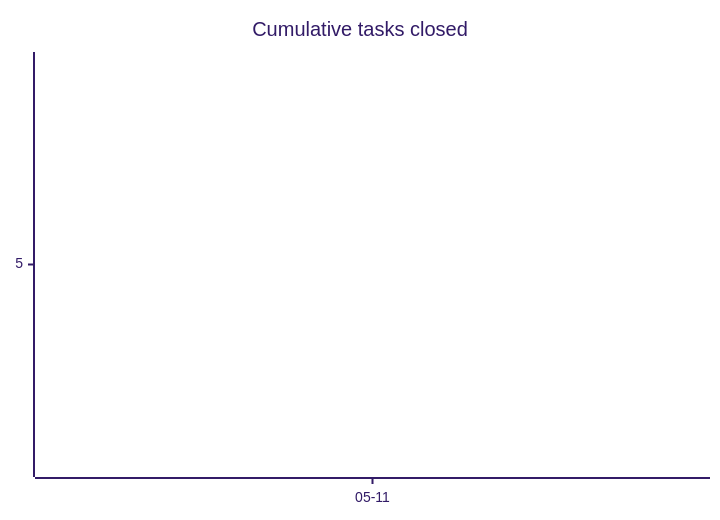
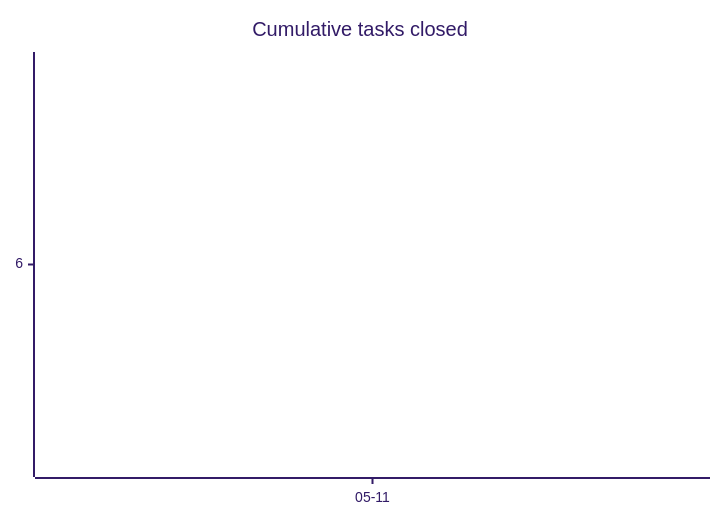
One commit to tgd1975/AwesomeGuitarPedal changed the first of 3 diagrams in docs/developers/tasks/OVERVIEW.md. Above: the diagram before and after it, drawn with Mermaid (forest theme). The commit also changed other lines of this file and 3 other files, not shown here.

````diff
--- a/docs/developers/tasks/OVERVIEW.md
+++ b/docs/developers/tasks/OVERVIEW.md
@@ -22,6 +22,6 @@
 ```mermaid
 xychart-beta
     title "Cumulative tasks closed"
     x-axis ["05-11"]
-    line [5]
+    line [6]
 ```
````
